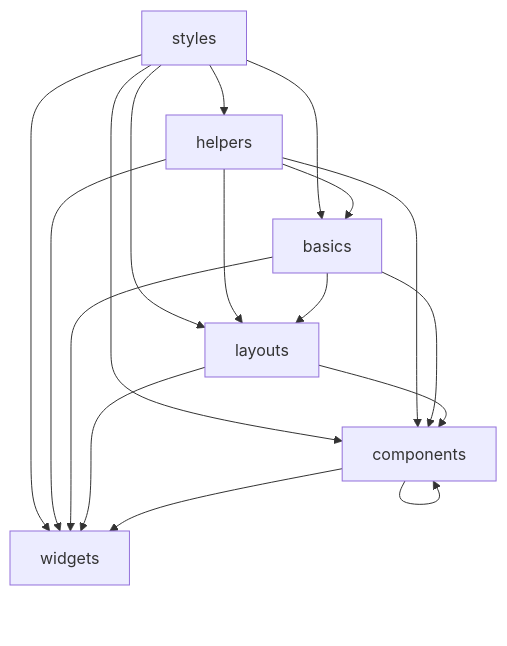
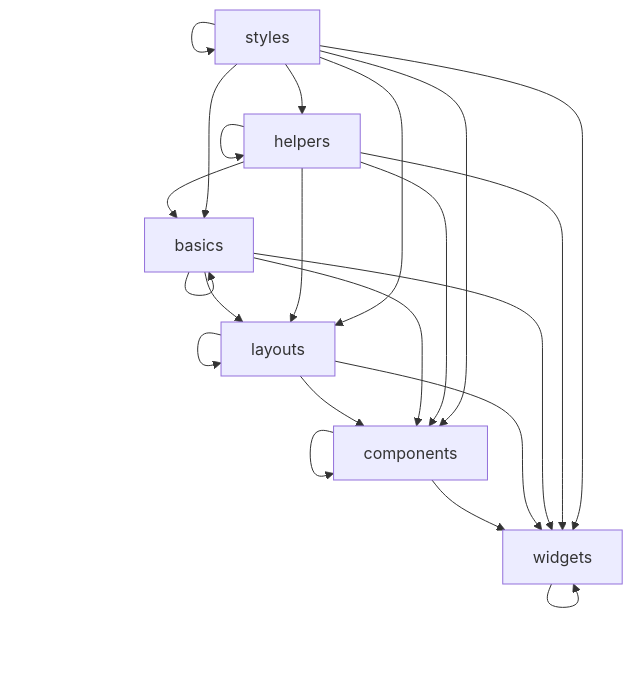
Before and after one commit to CyberWalrus/readme-best-practices: the diagram in README.md, drawn with Mermaid.

````diff
--- a/README.md
+++ b/README.md
@@ -24,19 +24,24 @@
 ```mermaid
 graph TD;
     styles-->helpers;
     styles-->basics;
     styles-->layouts;
     styles-->components;
     styles-->widgets;
+    styles-->styles;
     helpers-->basics;
     helpers-->layouts;
     helpers-->components;
     helpers-->widgets;
+    helpers-->helpers;
     basics-->layouts;
     basics-->components;
     basics-->widgets;
+    basics-->basics;
     layouts-->components;
     layouts-->widgets;
+    layouts-->layouts;
     components-->widgets;
     components-->components;
+    widgets-->widgets;
 ```
````
